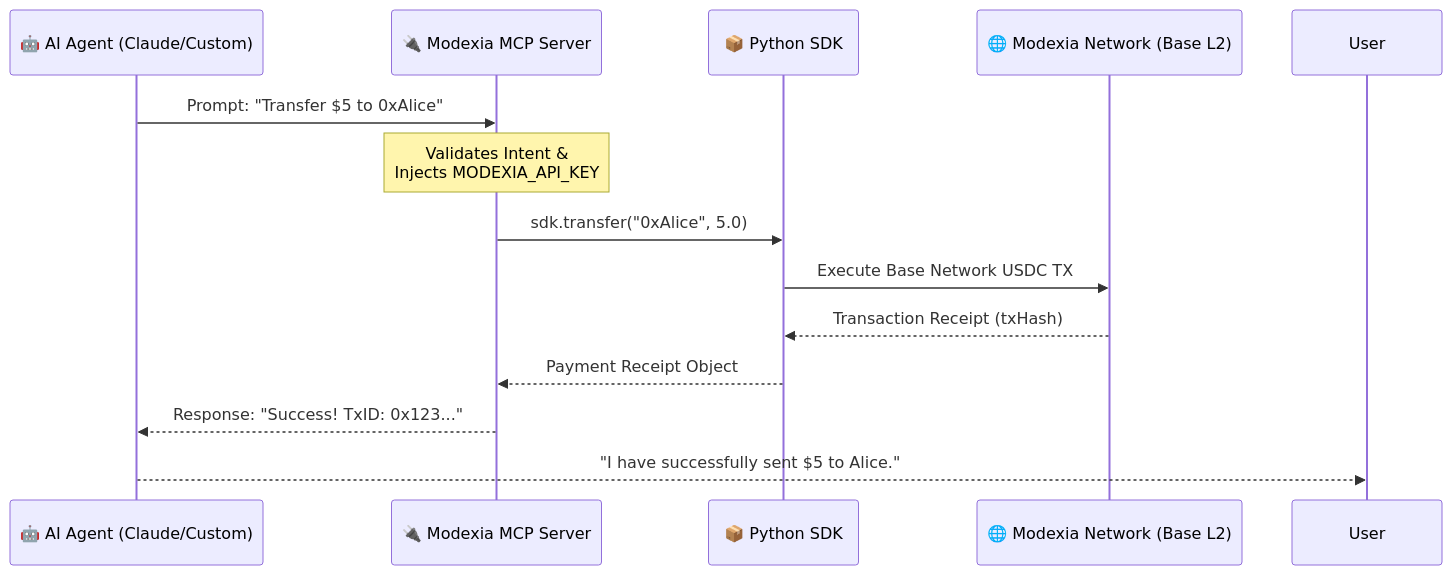
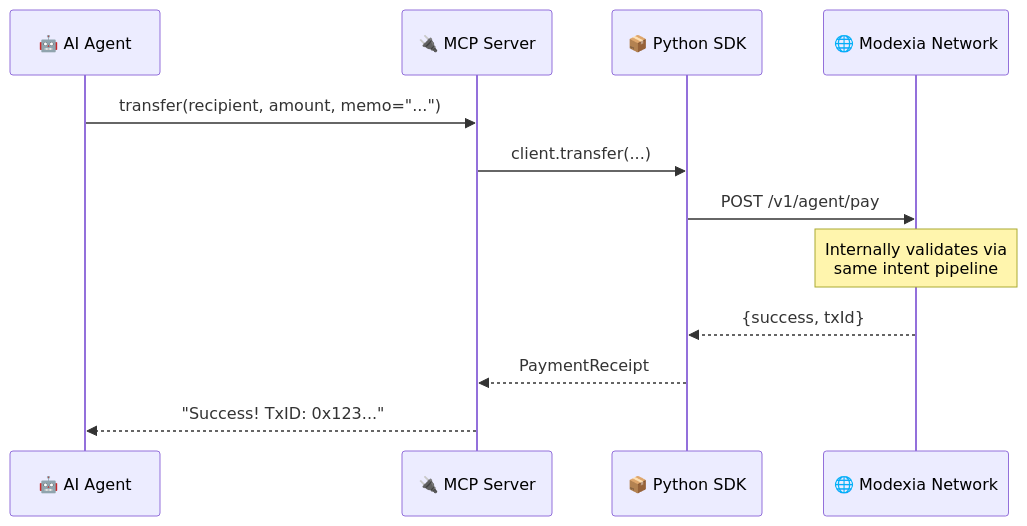
Before and after one commit to Modexia/modexia-mcp: the second of 3 diagrams in README.md, drawn with Mermaid. The commit also changed other lines of this file and 7 other files, not shown here.

````diff
--- a/README.md
+++ b/README.md
@@ -40,16 +97,15 @@
 ```mermaid
 sequenceDiagram
-    participant LLM as 🤖 AI Agent (Claude/Custom)
-    participant MCP as 🔌 Modexia MCP Server
+    participant LLM as 🤖 AI Agent
+    participant MCP as 🔌 MCP Server
     participant SDK as 📦 Python SDK
-    participant API as 🌐 Modexia Network (Base L2)
+    participant API as 🌐 Modexia Network
 
-    LLM->>MCP: Prompt: "Transfer $5 to 0xAlice"
-    Note over MCP: Validates Intent &<br/>Injects MODEXIA_API_KEY
-    MCP->>SDK: sdk.transfer("0xAlice", 5.0)
-    SDK->>API: Execute Base Network USDC TX
-    API-->>SDK: Transaction Receipt (txHash)
-    SDK-->>MCP: Payment Receipt Object
-    MCP-->>LLM: Response: "Success! TxID: 0x123..."
-    LLM-->>User: "I have successfully sent $5 to Alice."
+    LLM->>MCP: transfer(recipient, amount, memo="...")
+    MCP->>SDK: client.transfer(...)
+    SDK->>API: POST /v1/agent/pay
+    Note over API: Internally validates via<br/>same intent pipeline
+    API-->>SDK: {success, txId}
+    SDK-->>MCP: PaymentReceipt
+    MCP-->>LLM: "Success! TxID: 0x123..."
 ```
````
